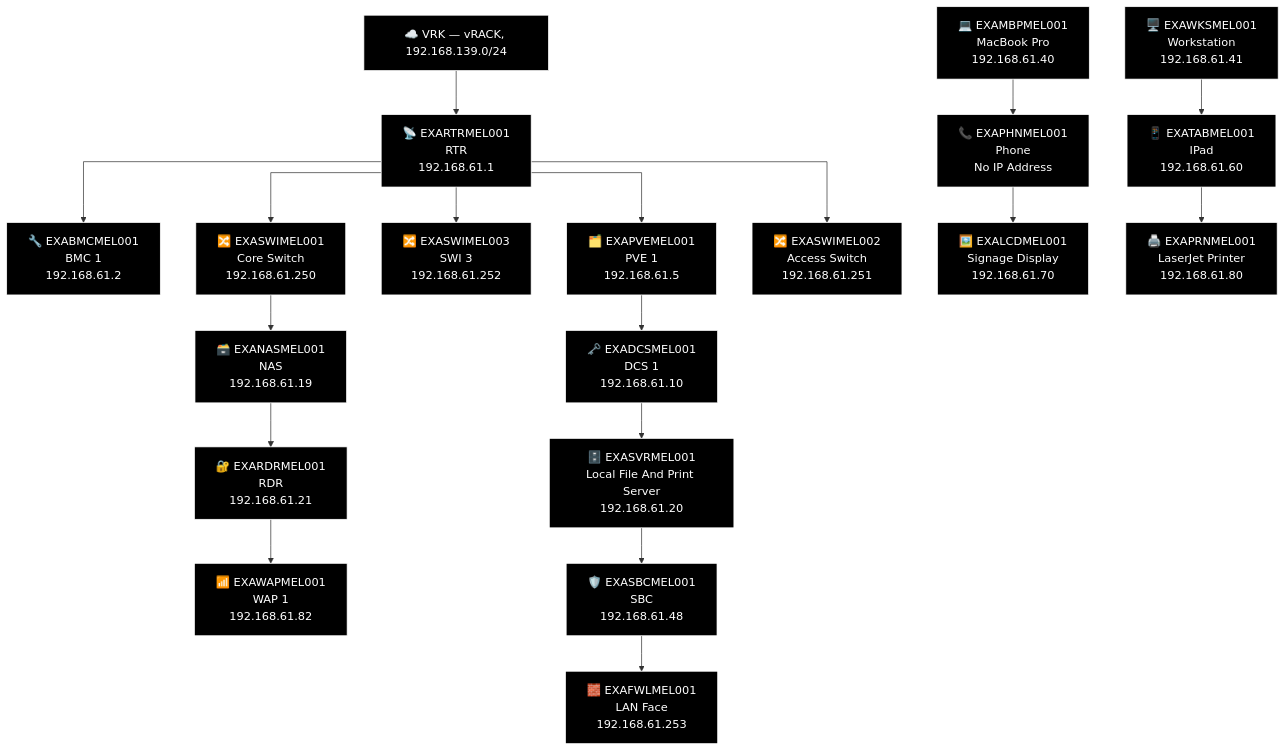
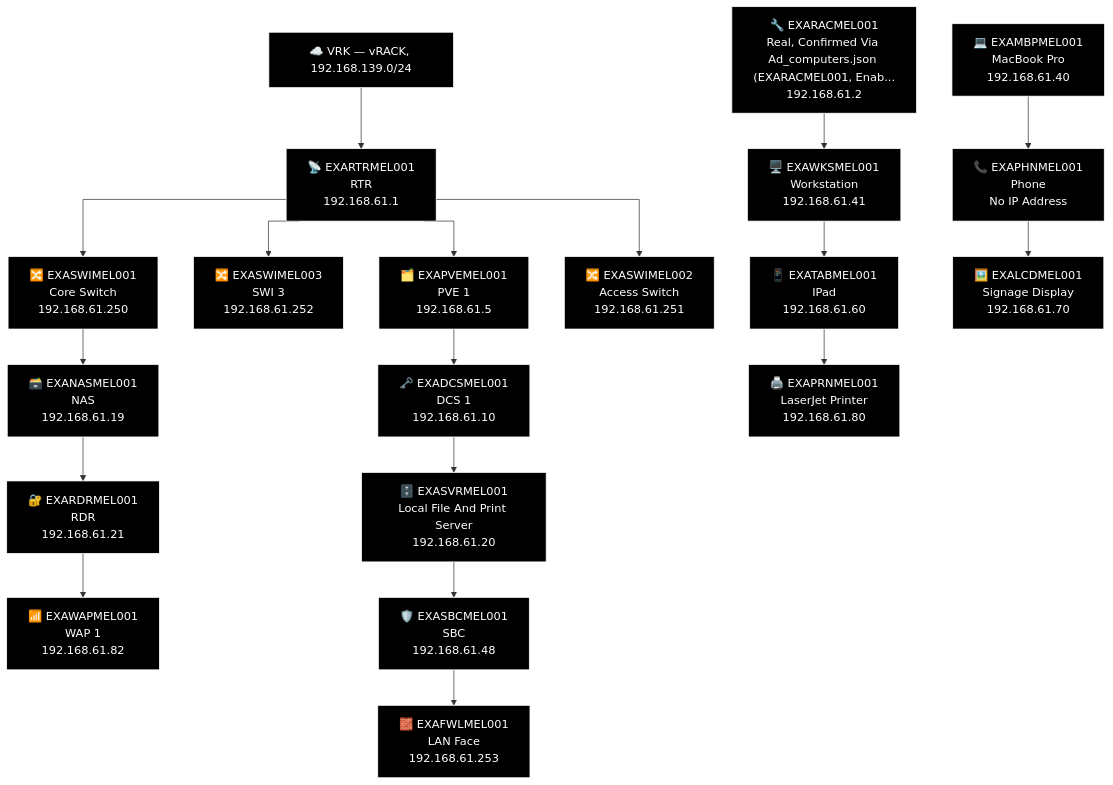
Before and after one commit to knightmare2600/example_music_infra: the sixth of 6 diagrams in docs/network-diagram/australia.md, drawn with Mermaid. The commit also changed other lines of this file and 11 other files, not shown here.

````diff
--- a/docs/network-diagram/australia.md
+++ b/docs/network-diagram/australia.md
@@ -311,56 +310,55 @@
 ```mermaid
 %% GENERATED:TOPOLOGY:MEL:START
 %%{init: {'flowchart': {'curve': 'stepAfter'}}}%%
 graph TD
     T_VRK["☁️ VRK — vRACK, 192.168.139.0/24"]
     T_RTR["📡 EXARTRMEL001<br/>RTR<br/>192.168.61.1"]
     T_VRK --> T_RTR
-    T_BMC["🔧 EXABMCMEL001<br/>BMC 1<br/>192.168.61.2"]
-    T_RTR --> T_BMC
     T_PVE["🗂️ EXAPVEMEL001<br/>PVE 1<br/>192.168.61.5"]
     T_RTR --> T_PVE
     T_SWI["🔀 EXASWIMEL003<br/>SWI 3<br/>192.168.61.252"]
     T_RTR --> T_SWI
     T_SWI2["🔀 EXASWIMEL001<br/>Core Switch<br/>192.168.61.250"]
     T_RTR --> T_SWI2
     T_SWI3["🔀 EXASWIMEL002<br/>Access Switch<br/>192.168.61.251"]
     T_RTR --> T_SWI3
     T_NAS["🗃️ EXANASMEL001<br/>NAS<br/>192.168.61.19"]
     T_RDR["🔐 EXARDRMEL001<br/>RDR<br/>192.168.61.21"]
     T_WAP["📶 EXAWAPMEL001<br/>WAP 1<br/>192.168.61.82"]
     T_SWI2 --> T_NAS --> T_RDR --> T_WAP
     T_DCS["🗝️ EXADCSMEL001<br/>DCS 1<br/>192.168.61.10"]
     T_SVR["🗄️ EXASVRMEL001<br/>Local File And Print Server<br/>192.168.61.20"]
     T_SBC["🛡️ EXASBCMEL001<br/>SBC<br/>192.168.61.48"]
     T_FWL["🧱 EXAFWLMEL001<br/>LAN Face<br/>192.168.61.253"]
     T_PVE --> T_DCS --> T_SVR --> T_SBC --> T_FWL
+    T_RAC["🔧 EXARACMEL001<br/>Real, Confirmed Via Ad_computers.json (EXARACMEL001, Enab...<br/>192.168.61.2"]
     T_MBP["💻 EXAMBPMEL001<br/>MacBook Pro<br/>192.168.61.40"]
     T_WKS["🖥️ EXAWKSMEL001<br/>Workstation<br/>192.168.61.41"]
     T_PHN["📞 EXAPHNMEL001<br/>Phone<br/>No IP Address"]
     T_TAB["📱 EXATABMEL001<br/>IPad<br/>192.168.61.60"]
     T_LCD["🖼️ EXALCDMEL001<br/>Signage Display<br/>192.168.61.70"]
     T_PRN["🖨️ EXAPRNMEL001<br/>LaserJet Printer<br/>192.168.61.80"]
+    T_RAC --> T_WKS --> T_TAB --> T_PRN
     T_MBP --> T_PHN --> T_LCD
-    T_WKS --> T_TAB --> T_PRN
     style T_VRK fill:#000000,stroke:#FFFFFF,color:#FFFFFF
     style T_RTR fill:#000000,stroke:#FFFFFF,color:#FFFFFF
-    style T_BMC fill:#000000,stroke:#FFFFFF,color:#FFFFFF
     style T_PVE fill:#000000,stroke:#FFFFFF,color:#FFFFFF
     style T_SWI fill:#000000,stroke:#FFFFFF,color:#FFFFFF
     style T_SWI2 fill:#000000,stroke:#FFFFFF,color:#FFFFFF
     style T_SWI3 fill:#000000,stroke:#FFFFFF,color:#FFFFFF
     style T_NAS fill:#000000,stroke:#FFFFFF,color:#FFFFFF
     style T_RDR fill:#000000,stroke:#FFFFFF,color:#FFFFFF
     style T_WAP fill:#000000,stroke:#FFFFFF,color:#FFFFFF
     style T_DCS fill:#000000,stroke:#FFFFFF,color:#FFFFFF
     style T_SVR fill:#000000,stroke:#FFFFFF,color:#FFFFFF
     style T_SBC fill:#000000,stroke:#FFFFFF,color:#FFFFFF
     style T_FWL fill:#000000,stroke:#FFFFFF,color:#FFFFFF
+    style T_RAC fill:#000000,stroke:#FFFFFF,color:#FFFFFF
     style T_MBP fill:#000000,stroke:#FFFFFF,color:#FFFFFF
     style T_WKS fill:#000000,stroke:#FFFFFF,color:#FFFFFF
     style T_PHN fill:#000000,stroke:#FFFFFF,color:#FFFFFF
     style T_TAB fill:#000000,stroke:#FFFFFF,color:#FFFFFF
     style T_LCD fill:#000000,stroke:#FFFFFF,color:#FFFFFF
     style T_PRN fill:#000000,stroke:#FFFFFF,color:#FFFFFF
 %% GENERATED:TOPOLOGY:MEL:END
 ```
````
